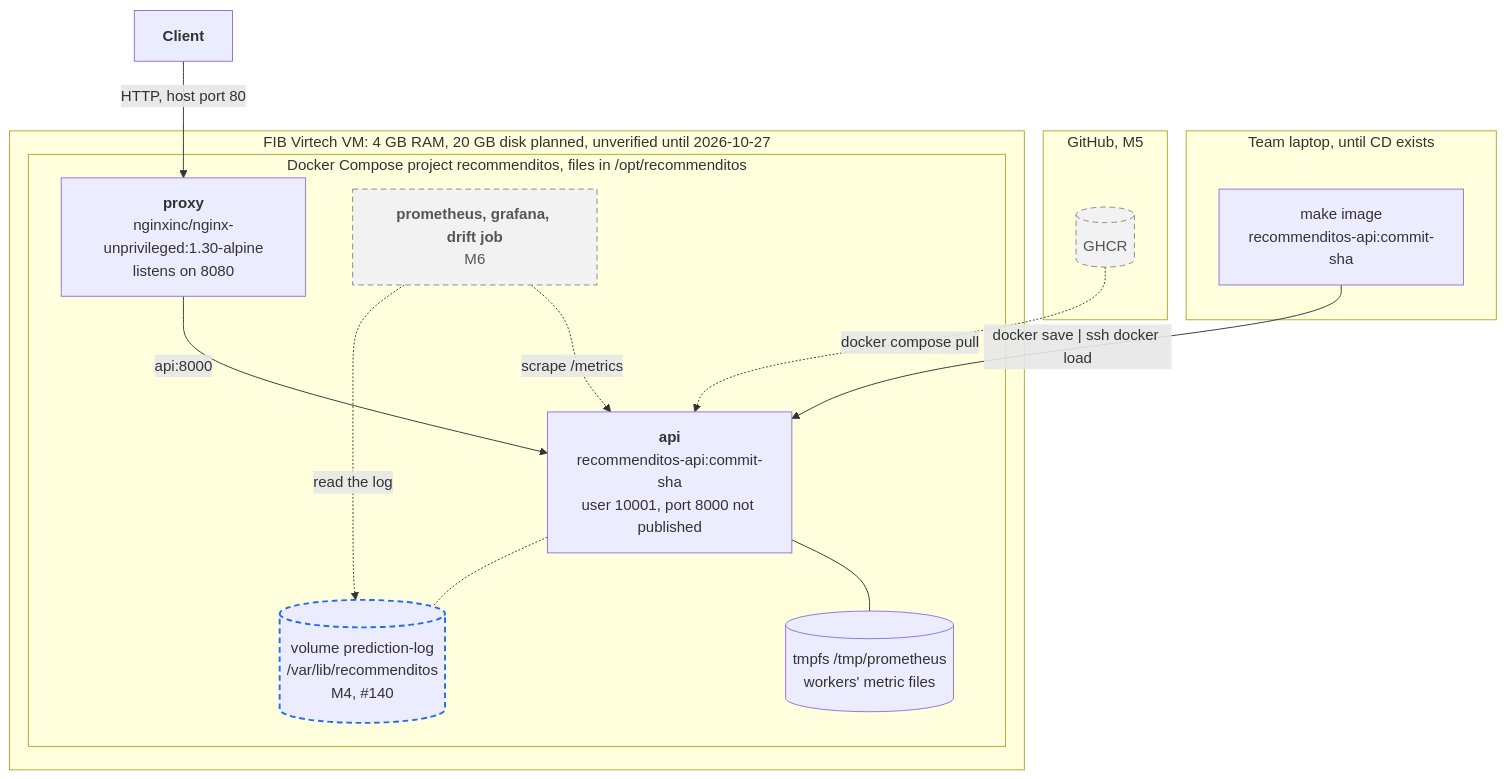
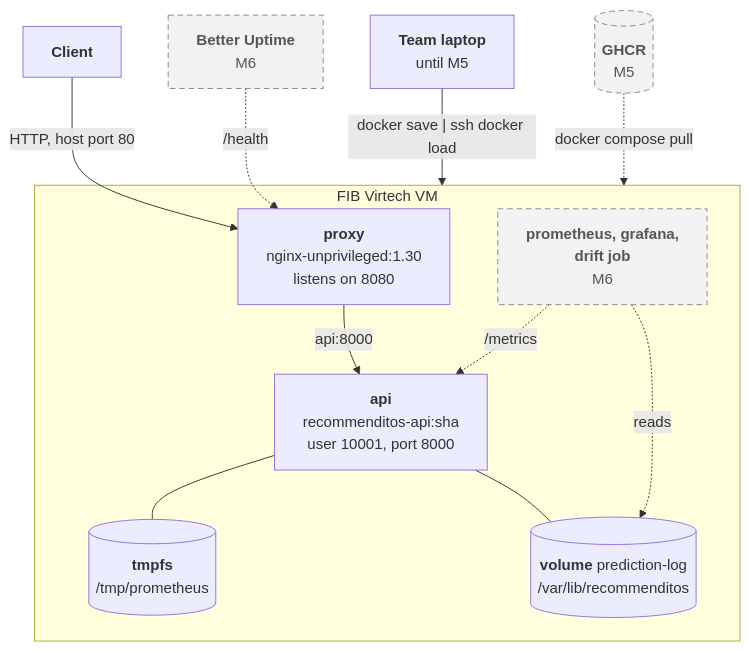
The third of 3 diagrams in docs/docs/architecture.md (mlops-2627q1-mds-upc/MLOPS_Recommenditos), drawn with Mermaid before and after one commit. The commit also changed other lines of this file and 3 other files, not shown here.

Commit message:
docs: split the container view into runtime and delivery, render each diagram with its own ID, and bring the brief and NFR-09 up to date

````diff
--- a/docs/docs/architecture.md
+++ b/docs/docs/architecture.md
@@ -80,36 +99,28 @@
 ```mermaid
 flowchart TB
-    user["<b>Client</b>"]
+    d_user["<b>Client</b>"]
+    d_uptime["<b>Better Uptime</b><br/>M6"]
+    d_laptop["<b>Team laptop</b><br/>until M5"]
+    d_ghcr[("<b>GHCR</b><br/>M5")]
 
-    subgraph laptop["Team laptop, until CD exists"]
-        image["make image<br/>recommenditos-api:commit-sha"]
+    subgraph d_vm["FIB Virtech VM"]
+        d_proxyc["<b>proxy</b><br/>nginx-unprivileged:1.30<br/>listens on 8080"]
+        d_apic["<b>api</b><br/>recommenditos-api:sha<br/>user 10001, port 8000"]
+        d_m6["<b>prometheus, grafana,<br/>drift job</b><br/>M6"]
+        d_tmpfs[("<b>tmpfs</b><br/>/tmp/prometheus")]
+        d_vol[("<b>volume</b> prediction-log<br/>/var/lib/recommenditos")]
     end
 
-    subgraph github["GitHub, M5"]
-        ghcr[("GHCR")]
-    end
+    d_user -->|"HTTP, host port 80"| d_proxyc
+    d_uptime -.->|"/health"| d_proxyc
+    d_laptop -->|"docker save #124; ssh docker load"| d_vm
+    d_ghcr -.->|"docker compose pull"| d_vm
+    d_proxyc -->|"api:8000"| d_apic
+    d_m6 -.->|"/metrics"| d_apic
+    d_apic --- d_tmpfs
+    d_apic --- d_vol
+    d_m6 -.->|"reads"| d_vol
 
-    subgraph vm["FIB Virtech VM: 4 GB RAM, 20 GB disk planned, unverified until 2026-10-27"]
-        subgraph compose["Docker Compose project recommenditos, files in /opt/recommenditos"]
-            proxyc["<b>proxy</b><br/>nginxinc/nginx-unprivileged:1.30-alpine<br/>listens on 8080"]
-            apic["<b>api</b><br/>recommenditos-api:commit-sha<br/>user 10001, port 8000 not published"]
-            tmpfs[("tmpfs /tmp/prometheus<br/>workers' metric files")]
-            vol[("volume prediction-log<br/>/var/lib/recommenditos<br/>M4, #140")]
-            m6["<b>prometheus, grafana, drift job</b><br/>M6"]
-        end
-    end
-
-    user -->|"HTTP, host port 80"| proxyc
-    proxyc -->|"api:8000"| apic
-    apic --- tmpfs
-    apic -.- vol
-    m6 -.->|"scrape /metrics"| apic
-    m6 -.->|"read the log"| vol
-    image -->|"docker save #124; ssh docker load"| apic
-    ghcr -.->|"docker compose pull"| apic
-
-    classDef m4 stroke:#1f6feb,stroke-width:2px,stroke-dasharray:6 4
     classDef later fill:#f2f2f2,stroke:#888,color:#555,stroke-dasharray:6 4
-    class vol m4
-    class m6,ghcr later
+    class d_uptime,d_ghcr,d_m6 later
 ```
````
